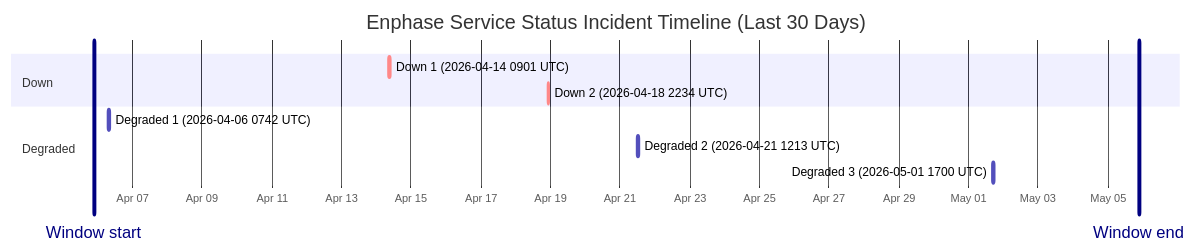
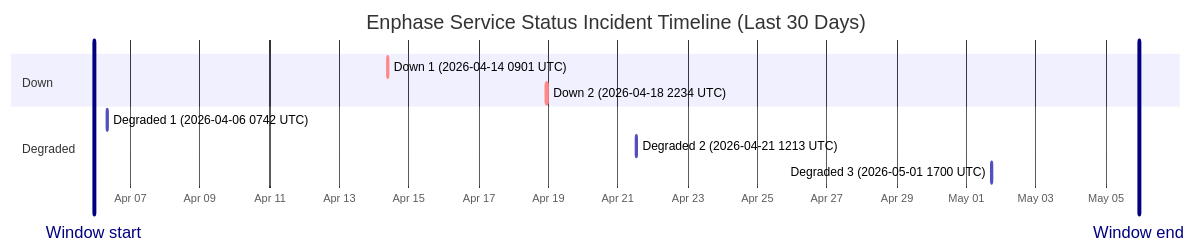
One commit to barneyonline/ha-enphase-ev-charger changed the diagram in wiki/Service-Status-History.md. Above: the diagram before and after it, drawn with Mermaid. The commit also changed other lines of this file and 3 other files, not shown here.

````diff
--- a/wiki/Service-Status-History.md
+++ b/wiki/Service-Status-History.md
@@ -14,15 +14,15 @@
 ```mermaid
 gantt
     title Enphase Service Status Incident Timeline (Last 30 Days)
     dateFormat  YYYY-MM-DDTHH:mm:ss
     axisFormat  %b %d
-    Window start :vert, window-start, 2026-04-05T21:34:54, 0ms
-    Window end :vert, window-end, 2026-05-05T21:34:54, 0ms
+    Window start :vert, window-start, 2026-04-05T22:54:02, 0ms
+    Window end :vert, window-end, 2026-05-05T22:54:02, 0ms
     section Down
     Down 1 (2026-04-14 0901 UTC) :crit, down-1, 2026-04-14T09:01:13, 60m
     Down 2 (2026-04-18 2234 UTC) :crit, down-2, 2026-04-18T22:34:13, 60m
     section Degraded
     Degraded 1 (2026-04-06 0742 UTC) :active, degraded-1, 2026-04-06T07:42:09, 85m
     Degraded 2 (2026-04-21 1213 UTC) :active, degraded-2, 2026-04-21T12:13:11, 60m
     Degraded 3 (2026-05-01 1700 UTC) :active, degraded-3, 2026-05-01T17:00:22, 60m
 ```
````
